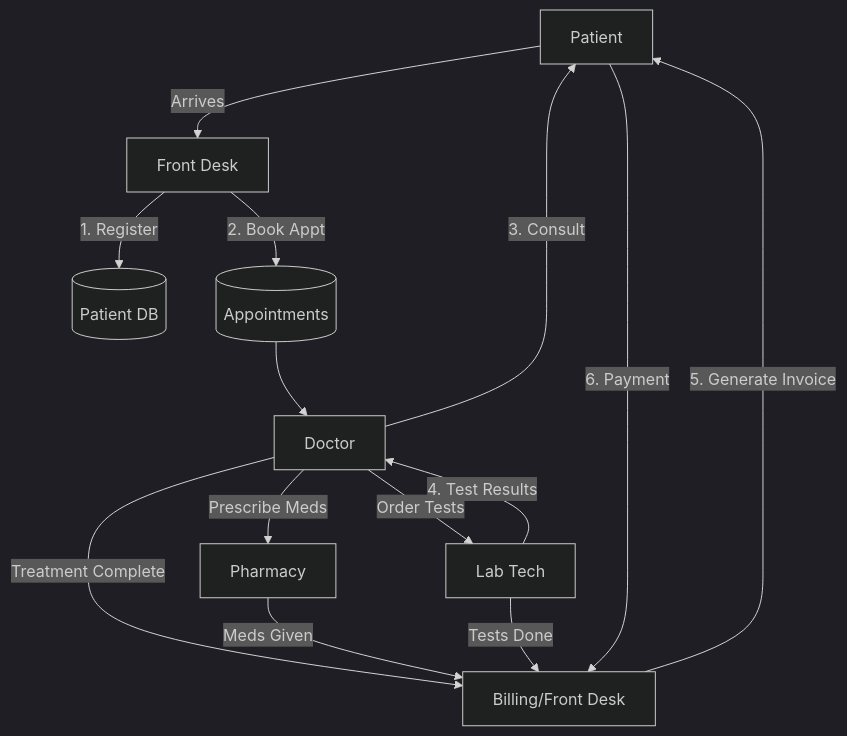
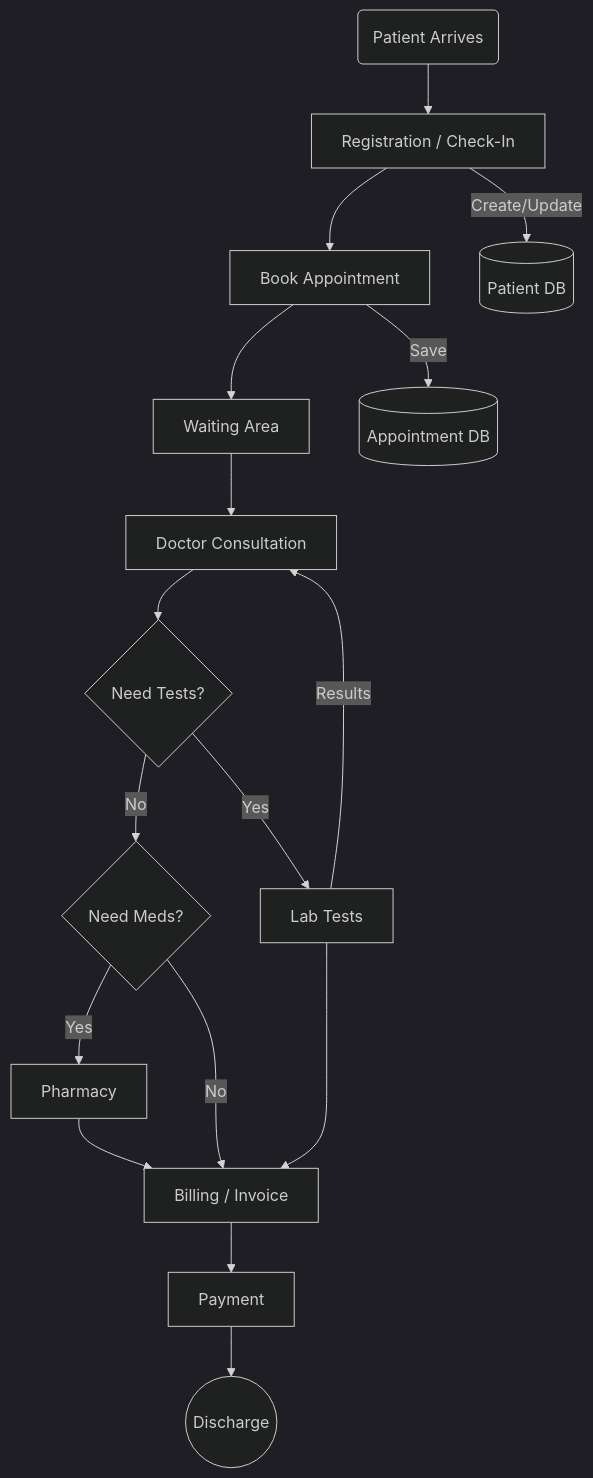
One commit to arshaddodhiya-collab/hms-v3 changed the diagram in docs/PROJECT_FLOWS.md. Above: the diagram before and after it, drawn with Mermaid (dark theme).

Commit message:
changes doc for flow

````diff
--- a/docs/PROJECT_FLOWS.md
+++ b/docs/PROJECT_FLOWS.md
@@ -86,30 +86,42 @@
 ```mermaid
-graph TD
-    %% Actors
-    P[Patient]
-    FD[Front Desk]
-    DOC[Doctor]
-    LAB[Lab Tech]
-    BILL[Billing/Front Desk]
+flowchart TD
+    %% Nodes
+    Arrive(Patient Arrives)
+    RegStep[Registration / Check-In]
+    ApptStep[Book Appointment]
+    Wait[Waiting Area]
+    Consult[Doctor Consultation]
+    TestDec{Need Tests?}
+    MedsDec{Need Meds?}
+    Lab[Lab Tests]
+    Pharm[Pharmacy]
+    Bill[Billing / Invoice]
+    Pay[Payment]
+    Discharge((Discharge))
 
-    %% Flow
-    P -->|Arrives| FD
-    FD -->|1. Register| P_Record[(Patient DB)]
-    FD -->|2. Book Appt| Appt_DB[(Appointments)]
+    %% Data Stores
+    DB_P[(Patient DB)]
+    DB_A[(Appointment DB)]
+
+    %% Connections
+    Arrive --> RegStep
+    RegStep -->|Create/Update| DB_P
+    RegStep --> ApptStep
+    ApptStep -->|Save| DB_A
+    ApptStep --> Wait
+    Wait --> Consult
     
-    Appt_DB --> DOC
-    DOC -->|3. Consult| P
+    Consult --> TestDec
+    TestDec -->|Yes| Lab
+    Lab -->|Results| Consult
+    TestDec -->|No| MedsDec
     
-    %% Decisions
-    DOC -->|Prescribe Meds| PHARM[Pharmacy]
-    DOC -->|Order Tests| LAB
+    MedsDec -->|Yes| Pharm
+    Pharm --> Bill
+    MedsDec -->|No| Bill
     
-    LAB -->|4. Test Results| DOC
+    Lab --> Bill
     
-    DOC -->|Treatment Complete| BILL
-    PHARM -->|Meds Given| BILL
-    LAB -->|Tests Done| BILL
-    
-    BILL -->|5. Generate Invoice| P
-    P -->|6. Payment| BILL
+    Bill --> Pay
+    Pay --> Discharge
 ```
````
